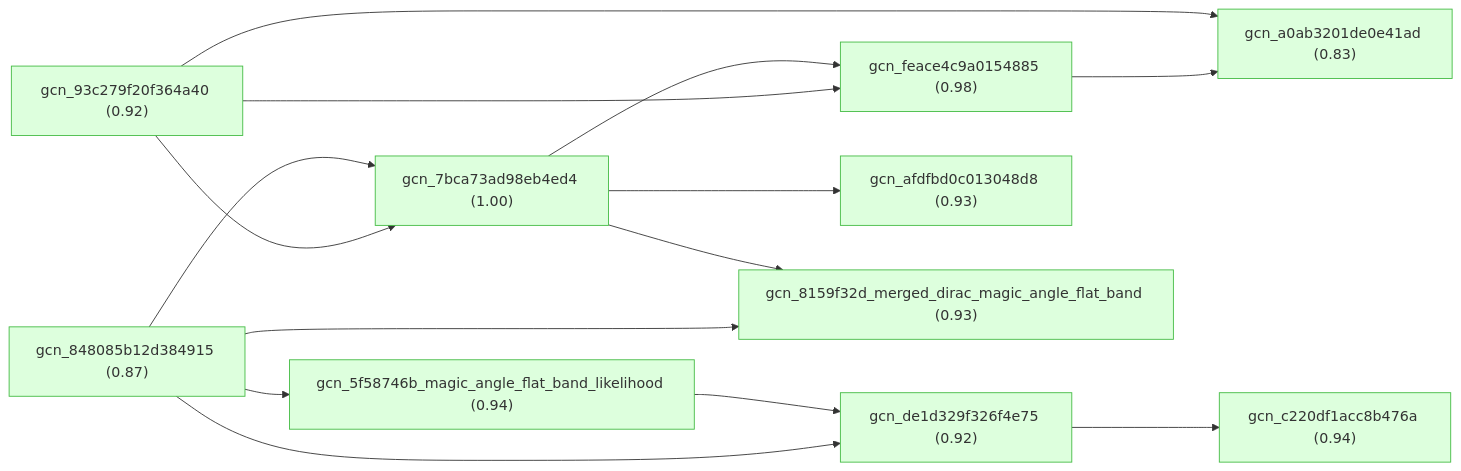
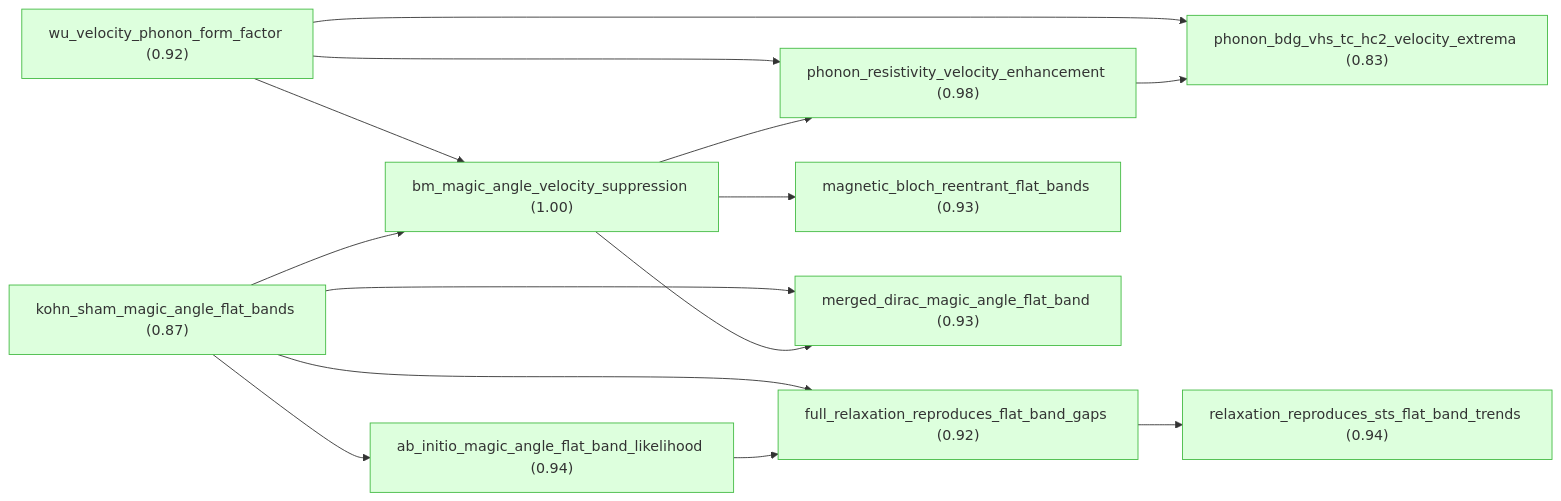
The first of 10 diagrams in docs/detailed-reasoning.md (Callo42/tbg-magic-angle-gaia), drawn with Mermaid before and after one commit. The commit also changed other lines of this file and 33 other files, not shown here.

````diff
--- a/docs/detailed-reasoning.md
+++ b/docs/detailed-reasoning.md
@@ -9,36 +7,36 @@
 ```mermaid
 graph LR
-    gcn_7bca73ad98eb4ed4["gcn_7bca73ad98eb4ed4 (1.00)"]:::derived
-    gcn_93c279f20f364a40["gcn_93c279f20f364a40 (0.92)"]:::derived
-    gcn_feace4c9a0154885["gcn_feace4c9a0154885 (0.98)"]:::derived
-    gcn_a0ab3201de0e41ad["gcn_a0ab3201de0e41ad (0.83)"]:::derived
-    gcn_848085b12d384915["gcn_848085b12d384915 (0.87)"]:::derived
-    gcn_5f58746b_magic_angle_flat_band_likelihood["gcn_5f58746b_magic_angle_flat_band_likelihood (0.94)"]:::derived
-    gcn_c220df1acc8b476a["gcn_c220df1acc8b476a (0.94)"]:::derived
-    gcn_de1d329f326f4e75["gcn_de1d329f326f4e75 (0.92)"]:::derived
-    gcn_afdfbd0c013048d8["gcn_afdfbd0c013048d8 (0.93)"]:::derived
-    gcn_8159f32d_merged_dirac_magic_angle_flat_band["gcn_8159f32d_merged_dirac_magic_angle_flat_band (0.93)"]:::derived
-    gcn_5f58746b_magic_angle_flat_band_likelihood --> gcn_de1d329f326f4e75
-    gcn_7bca73ad98eb4ed4 --> gcn_8159f32d_merged_dirac_magic_angle_flat_band
-    gcn_7bca73ad98eb4ed4 --> gcn_afdfbd0c013048d8
-    gcn_7bca73ad98eb4ed4 --> gcn_feace4c9a0154885
-    gcn_848085b12d384915 --> gcn_5f58746b_magic_angle_flat_band_likelihood
-    gcn_848085b12d384915 --> gcn_7bca73ad98eb4ed4
-    gcn_848085b12d384915 --> gcn_8159f32d_merged_dirac_magic_angle_flat_band
-    gcn_848085b12d384915 --> gcn_de1d329f326f4e75
-    gcn_93c279f20f364a40 --> gcn_7bca73ad98eb4ed4
-    gcn_93c279f20f364a40 --> gcn_a0ab3201de0e41ad
-    gcn_93c279f20f364a40 --> gcn_feace4c9a0154885
-    gcn_de1d329f326f4e75 --> gcn_c220df1acc8b476a
-    gcn_feace4c9a0154885 --> gcn_a0ab3201de0e41ad
+    bm_magic_angle_velocity_suppression["bm_magic_angle_velocity_suppression (1.00)"]:::derived
+    wu_velocity_phonon_form_factor["wu_velocity_phonon_form_factor (0.92)"]:::derived
+    phonon_resistivity_velocity_enhancement["phonon_resistivity_velocity_enhancement (0.98)"]:::derived
+    phonon_bdg_vhs_tc_hc2_velocity_extrema["phonon_bdg_vhs_tc_hc2_velocity_extrema (0.83)"]:::derived
+    kohn_sham_magic_angle_flat_bands["kohn_sham_magic_angle_flat_bands (0.87)"]:::derived
+    ab_initio_magic_angle_flat_band_likelihood["ab_initio_magic_angle_flat_band_likelihood (0.94)"]:::derived
+    relaxation_reproduces_sts_flat_band_trends["relaxation_reproduces_sts_flat_band_trends (0.94)"]:::derived
+    full_relaxation_reproduces_flat_band_gaps["full_relaxation_reproduces_flat_band_gaps (0.92)"]:::derived
+    magnetic_bloch_reentrant_flat_bands["magnetic_bloch_reentrant_flat_bands (0.93)"]:::derived
+    merged_dirac_magic_angle_flat_band["merged_dirac_magic_angle_flat_band (0.93)"]:::derived
+    ab_initio_magic_angle_flat_band_likelihood --> full_relaxation_reproduces_flat_band_gaps
+    bm_magic_angle_velocity_suppression --> magnetic_bloch_reentrant_flat_bands
+    bm_magic_angle_velocity_suppression --> merged_dirac_magic_angle_flat_band
+    bm_magic_angle_velocity_suppression --> phonon_resistivity_velocity_enhancement
+    full_relaxation_reproduces_flat_band_gaps --> relaxation_reproduces_sts_flat_band_trends
+    kohn_sham_magic_angle_flat_bands --> ab_initio_magic_angle_flat_band_likelihood
+    kohn_sham_magic_angle_flat_bands --> bm_magic_angle_velocity_suppression
+    kohn_sham_magic_angle_flat_bands --> full_relaxation_reproduces_flat_band_gaps
+    kohn_sham_magic_angle_flat_bands --> merged_dirac_magic_angle_flat_band
+    phonon_resistivity_velocity_enhancement --> phonon_bdg_vhs_tc_hc2_velocity_extrema
+    wu_velocity_phonon_form_factor --> bm_magic_angle_velocity_suppression
+    wu_velocity_phonon_form_factor --> phonon_bdg_vhs_tc_hc2_velocity_extrema
+    wu_velocity_phonon_form_factor --> phonon_resistivity_velocity_enhancement
 
     classDef setting fill:#f0f0f0,stroke:#999,color:#333
     classDef premise fill:#ddeeff,stroke:#4488bb,color:#333
     classDef derived fill:#ddffdd,stroke:#44bb44,color:#333
     classDef question fill:#fff3dd,stroke:#cc9944,color:#333
     classDef background fill:#f5f5f5,stroke:#bbb,stroke-dasharray: 5 5,color:#333
     classDef orphan fill:#fff,stroke:#ccc,stroke-dasharray: 5 5,color:#333
     classDef external fill:#fff,stroke:#aaa,stroke-dasharray: 3 3,color:#333
     classDef weak fill:#fff9c4,stroke:#f9a825,stroke-dasharray: 5 5,color:#333
     classDef contra fill:#ffebee,stroke:#c62828,color:#333
 ```
````
